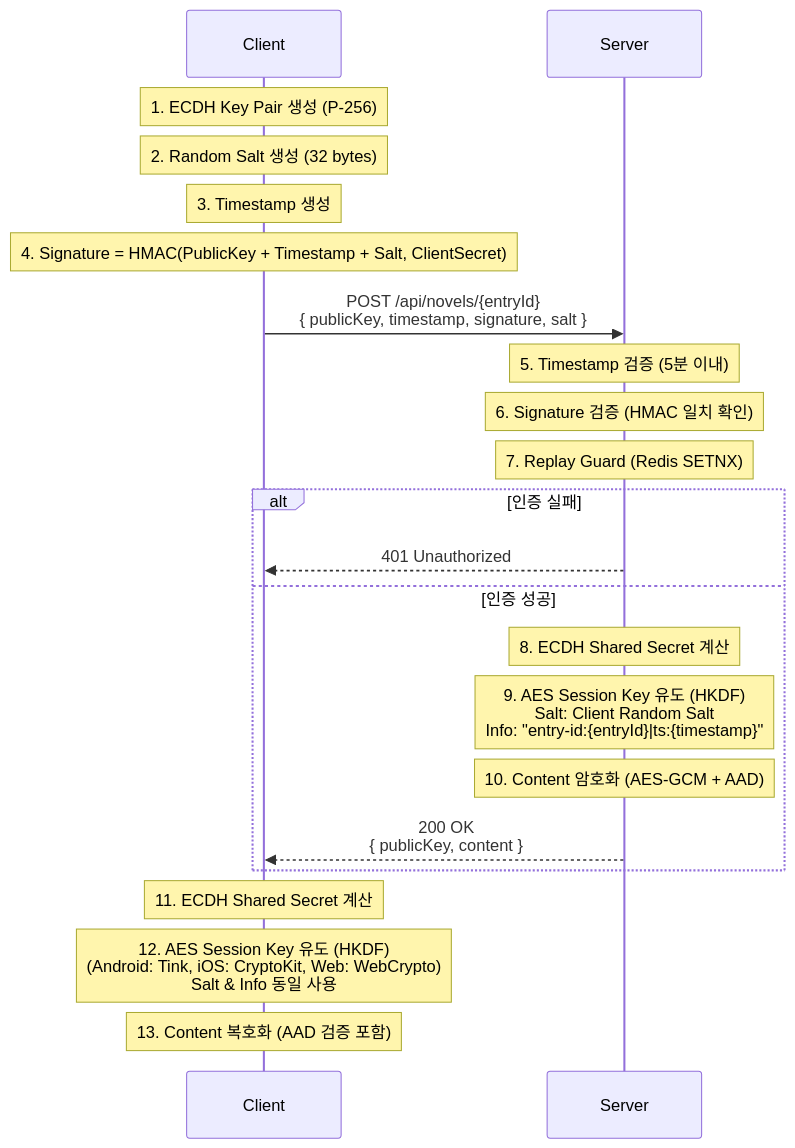
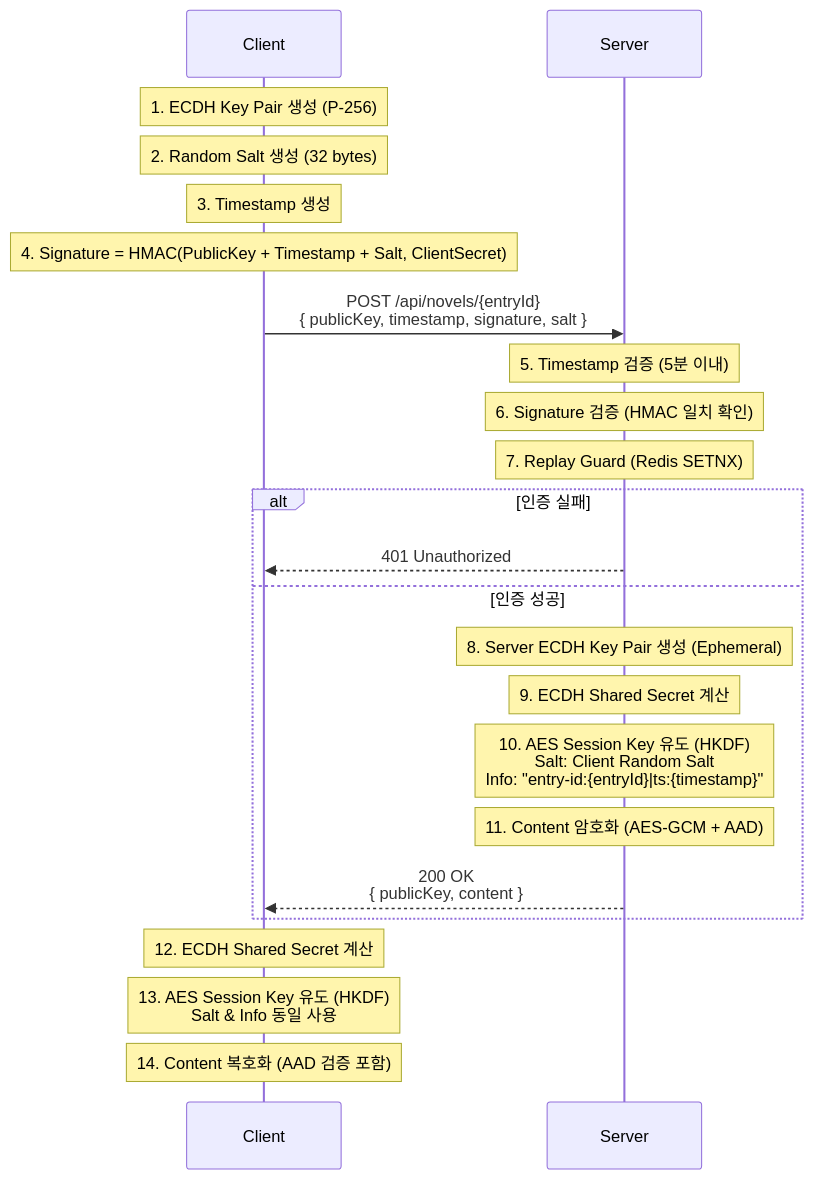
Before and after one commit to SAcid/api-encrypt: the diagram in ENCRYPTION_SPECS.md, drawn with Mermaid. The commit also changed other lines of this file, not shown here.

````diff
--- a/ENCRYPTION_SPECS.md
+++ b/ENCRYPTION_SPECS.md
@@ -35,29 +35,30 @@
 ```mermaid
 sequenceDiagram
     participant Client
     participant Server
 
     Note over Client: 1. ECDH Key Pair 생성 (P-256)
     Note over Client: 2. Random Salt 생성 (32 bytes)
     Note over Client: 3. Timestamp 생성
     Note over Client: 4. Signature = HMAC(PublicKey + Timestamp + Salt, ClientSecret)
     
     Client->>Server: POST /api/novels/{entryId}<br/>{ publicKey, timestamp, signature, salt }
     
     Note over Server: 5. Timestamp 검증 (5분 이내)
     Note over Server: 6. Signature 검증 (HMAC 일치 확인)
     Note over Server: 7. Replay Guard (Redis SETNX)
     
     alt 인증 실패
         Server-->>Client: 401 Unauthorized
     else 인증 성공
-        Note over Server: 8. ECDH Shared Secret 계산
-        Note over Server: 9. AES Session Key 유도 (HKDF)<br/>Salt: Client Random Salt<br/>Info: "entry-id:{entryId}|ts:{timestamp}"
-        Note over Server: 10. Content 암호화 (AES-GCM + AAD)
+        Note over Server: 8. Server ECDH Key Pair 생성 (Ephemeral)
+        Note over Server: 9. ECDH Shared Secret 계산
+        Note over Server: 10. AES Session Key 유도 (HKDF)<br/>Salt: Client Random Salt<br/>Info: "entry-id:{entryId}|ts:{timestamp}"
+        Note over Server: 11. Content 암호화 (AES-GCM + AAD)
         Server-->>Client: 200 OK<br/>{ publicKey, content }
     end
 
-    Note over Client: 11. ECDH Shared Secret 계산
-    Note over Client: 12. AES Session Key 유도 (HKDF)<br/>(Android: Tink, iOS: CryptoKit, Web: WebCrypto)<br/>Salt & Info 동일 사용
-    Note over Client: 13. Content 복호화 (AAD 검증 포함)
+    Note over Client: 12. ECDH Shared Secret 계산
+    Note over Client: 13. AES Session Key 유도 (HKDF)<br/>Salt & Info 동일 사용
+    Note over Client: 14. Content 복호화 (AAD 검증 포함)
 ```
````
